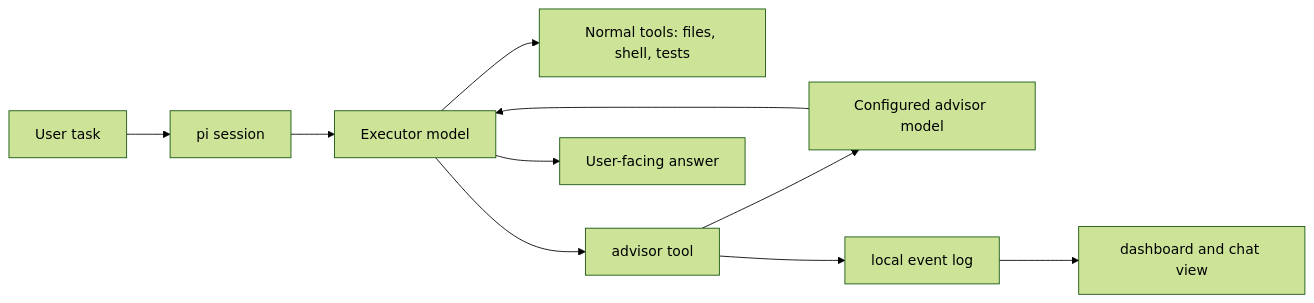
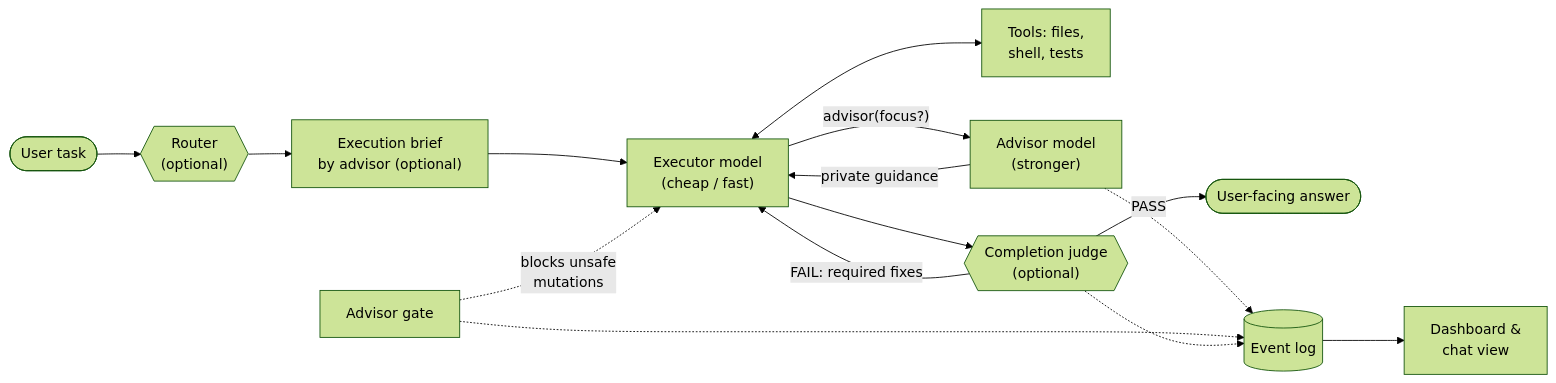
Before and after one commit to rbgit/pi-executor-advisor: the diagram in README.md, drawn with Mermaid (forest theme). The commit also changed other lines of this file and 3 other files, not shown here.

First line of the commit message:
docs: replace README mermaid with pre-rendered architecture SVGs

````diff
--- a/README.md
+++ b/README.md
@@ -12,12 +20,17 @@
 ```mermaid
 flowchart LR
-  U["User task"] --> P["pi session"]
-  P --> E["Executor model"]
-  E --> T["Normal tools: files, shell, tests"]
-  E --> X["advisor tool"]
-  X --> A["Configured advisor model"]
-  A --> E
-  X --> L["local event log"]
-  L --> D["dashboard and chat view"]
-  E --> R["User-facing answer"]
+    U(["User task"]) --> R{{"Router<br/>(optional)"}}
+    R --> B["Execution brief<br/>by advisor (optional)"]
+    B --> E["Executor model<br/>(cheap / fast)"]
+    E <--> T["Tools: files,<br/>shell, tests"]
+    E -- "advisor(focus?)" --> A["Advisor model<br/>(stronger)"]
+    A -- "private guidance" --> E
+    G["Advisor gate"] -. "blocks unsafe<br/>mutations" .-> E
+    E --> J{{"Completion judge<br/>(optional)"}}
+    J -- "FAIL: required fixes" --> E
+    J -- "PASS" --> ANS(["User-facing answer"])
+    A -.-> L[("Event log")]
+    G -.-> L
+    J -.-> L
+    L --> D["Dashboard &<br/>chat view"]
 ```
````
